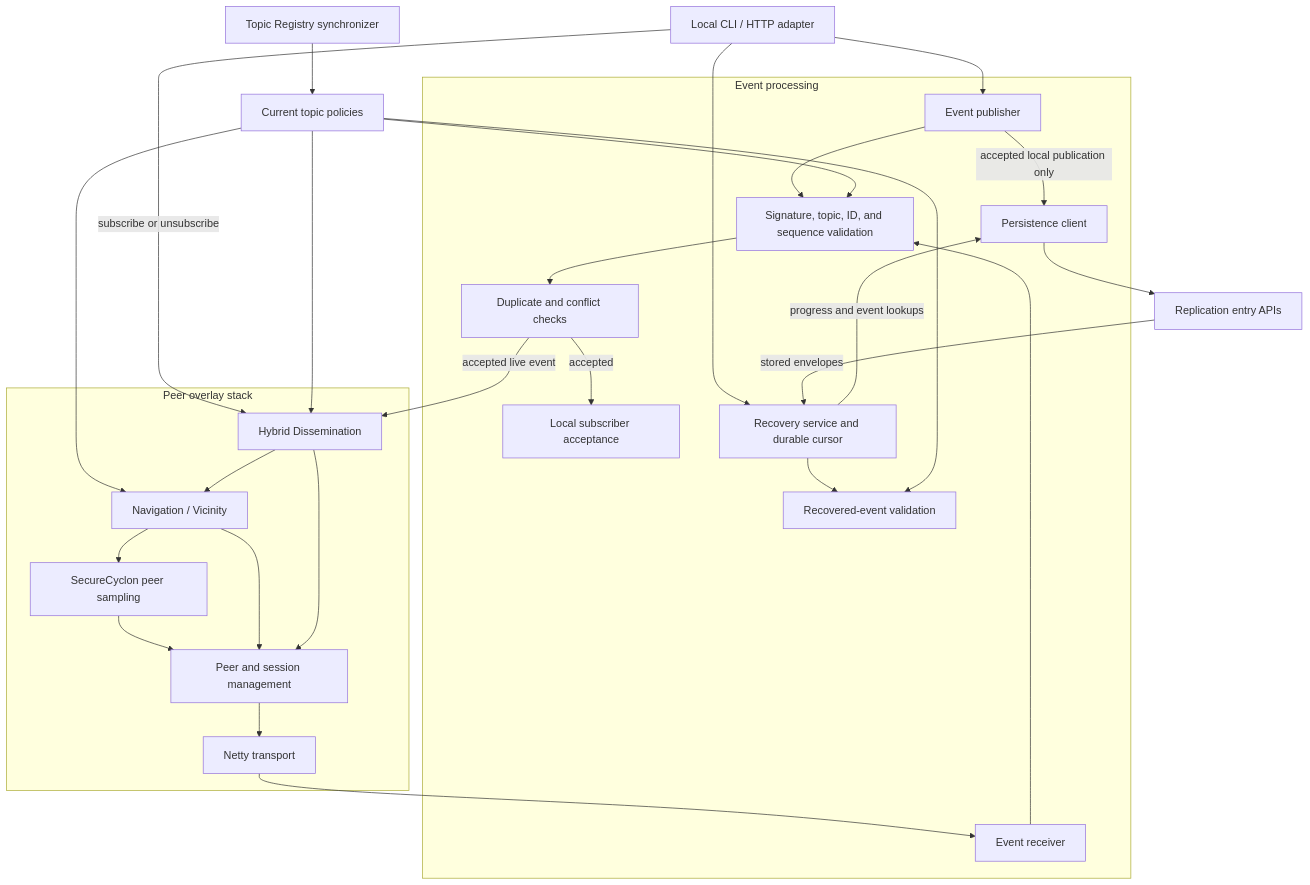
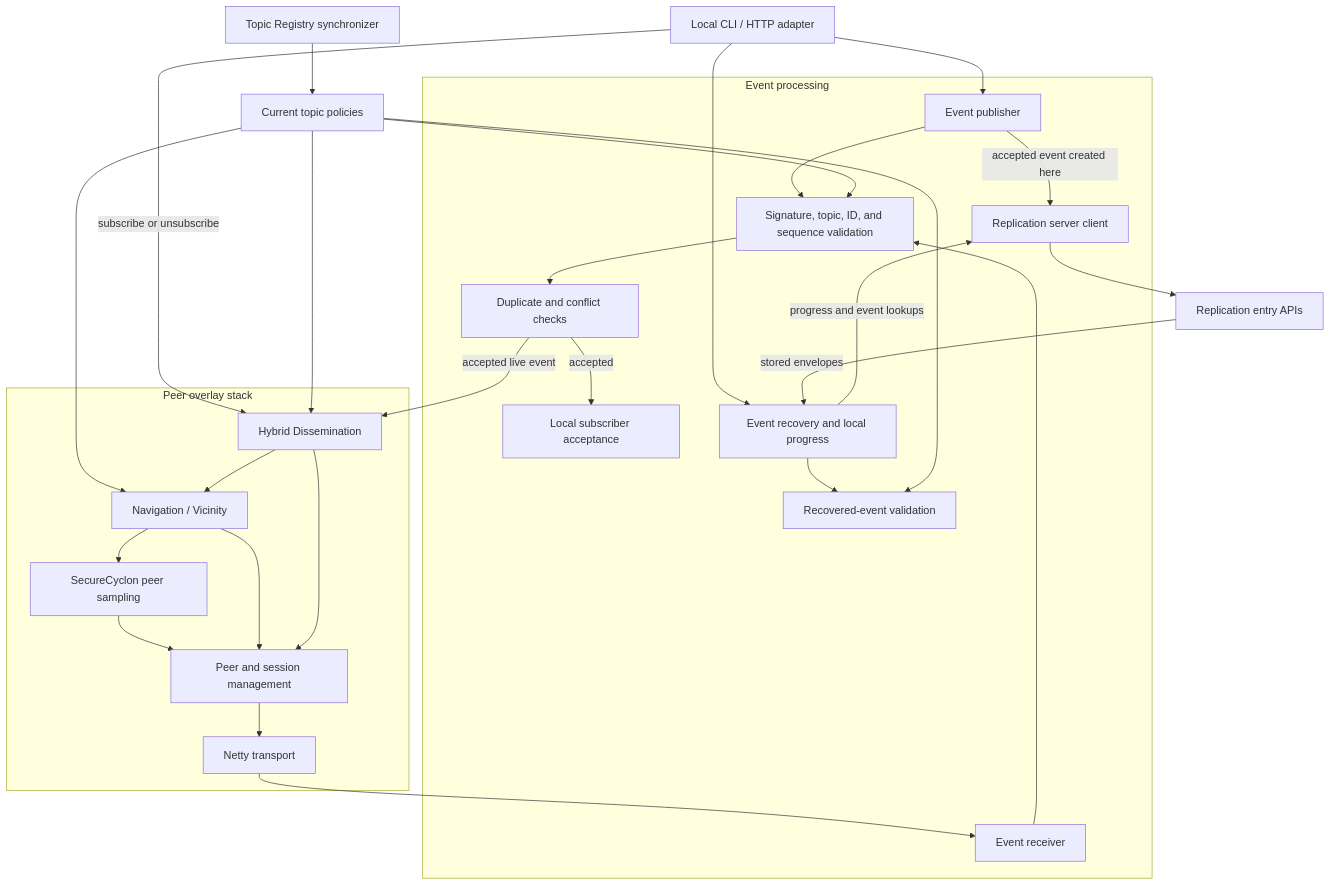
The diagram in docs/architecture/02-pubsub-node.md (AAlexandros/PubSubPrototype), drawn with Mermaid before and after one commit. The commit also changed other lines of this file and 80 other files, not shown here.

Commit message:
Huge refactoring + New diagrams

````diff
--- a/docs/architecture/02-pubsub-node.md
+++ b/docs/architecture/02-pubsub-node.md
@@ -7,49 +7,49 @@
 ```mermaid
 flowchart TB
   API[Local CLI / HTTP adapter]
   TopicSync[Topic Registry synchronizer] --> TopicState[Current topic policies]
 
   subgraph Events[Event processing]
     Publisher[Event publisher]
     Receiver[Event receiver]
     LiveValidation[Signature, topic, ID, and sequence validation]
     Dedupe[Duplicate and conflict checks]
     Delivery[Local subscriber acceptance]
-    Recovery[Recovery service and durable cursor]
+    Recovery[Event recovery and local progress]
     RecoveryValidation[Recovered-event validation]
-    Persistence[Persistence client]
+    StorageClient[Replication server client]
   end
 
   subgraph Overlay[Peer overlay stack]
     Dissemination[Hybrid Dissemination]
     Navigation[Navigation / Vicinity]
     Cyclon[SecureCyclon peer sampling]
     Sessions[Peer and session management]
     Transport[Netty transport]
   end
 
   API --> Publisher
   API --> Recovery
   API -->|subscribe or unsubscribe| Dissemination
   Publisher --> LiveValidation
   Receiver --> LiveValidation
   LiveValidation --> Dedupe
   Dedupe -->|accepted| Delivery
   Dedupe -->|accepted live event| Dissemination
-  Publisher -->|accepted local publication only| Persistence
-  Recovery -->|progress and event lookups| Persistence
-  Persistence --> Replicas[Replication entry APIs]
+  Publisher -->|accepted event created here| StorageClient
+  Recovery -->|progress and event lookups| StorageClient
+  StorageClient --> Replicas[Replication entry APIs]
   Replicas -->|stored envelopes| Recovery
   Recovery --> RecoveryValidation
   TopicState --> LiveValidation
   TopicState --> RecoveryValidation
   TopicState --> Navigation
   TopicState --> Dissemination
   Dissemination --> Navigation
   Navigation --> Cyclon
   Cyclon --> Sessions
   Navigation --> Sessions
   Dissemination --> Sessions
   Sessions --> Transport
   Transport --> Receiver
 ```
````
